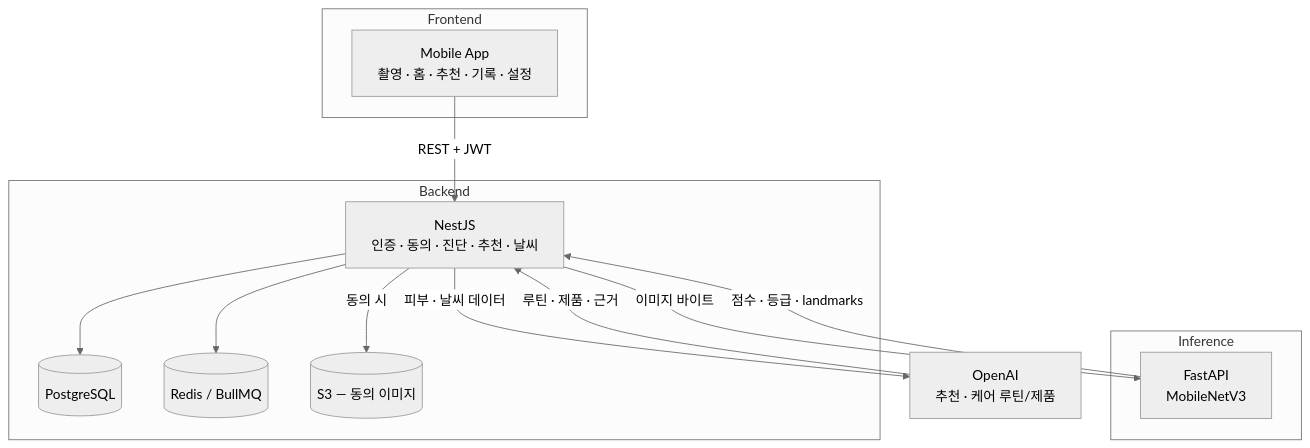
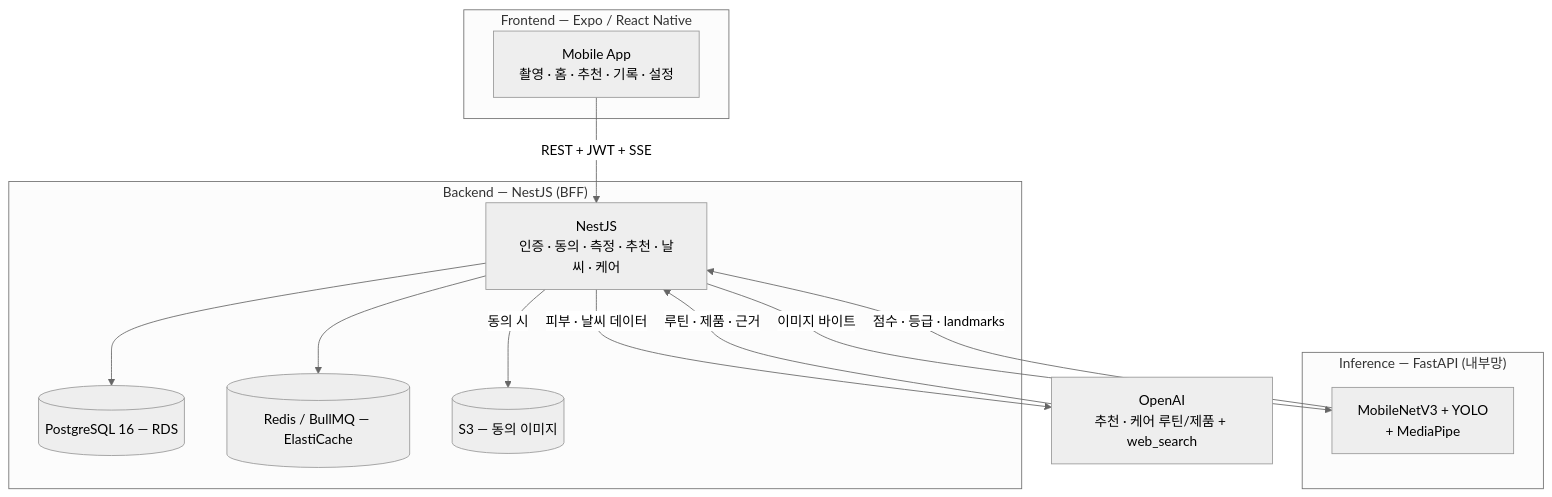
The diagram in README.md (jae-ho93/Todayskin), drawn with Mermaid (neutral theme) before and after one commit. The commit also changed other lines of this file and 4 other files, not shown here.

````diff
--- a/README.md
+++ b/README.md
@@ -111,24 +133,24 @@
 ```mermaid
 flowchart TB
-  subgraph Client["Frontend"]
+  subgraph Client["Frontend — Expo / React Native"]
     APP["Mobile App<br/>촬영 · 홈 · 추천 · 기록 · 설정"]
   end
-  subgraph Server["Backend"]
-    API["NestJS<br/>인증 · 동의 · 진단 · 추천 · 날씨"]
-    PG[("PostgreSQL")]
-    REDIS[("Redis / BullMQ")]
+  subgraph Server["Backend — NestJS (BFF)"]
+    API["NestJS<br/>인증 · 동의 · 측정 · 추천 · 날씨 · 케어"]
+    PG[("PostgreSQL 16 — RDS")]
+    REDIS[("Redis / BullMQ — ElastiCache")]
     S3[("S3 — 동의 이미지")]
   end
-  subgraph AI["Inference"]
-    INF["FastAPI<br/>MobileNetV3"]
+  subgraph AI["Inference — FastAPI (내부망)"]
+    INF["MobileNetV3 + YOLO<br/>+ MediaPipe"]
   end
-  OPENAI["OpenAI<br/>추천 · 케어 루틴/제품"]
-  APP -->|REST + JWT| API
+  OPENAI["OpenAI<br/>추천 · 케어 루틴/제품 + web_search"]
+  APP -->|REST + JWT + SSE| API
   API --> PG
   API --> REDIS
   API -->|동의 시| S3
   API -->|이미지 바이트| INF
   INF -->|점수 · 등급 · landmarks| API
   API -->|피부 · 날씨 데이터| OPENAI
   OPENAI -->|루틴 · 제품 · 근거| API
 ```
````
